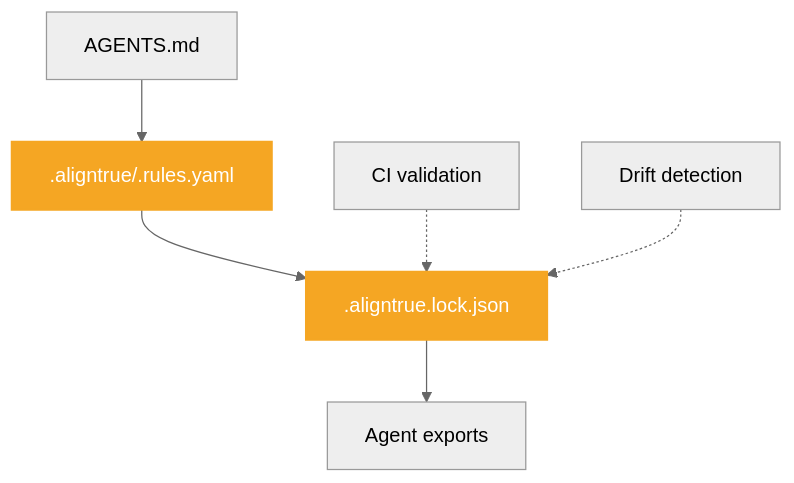
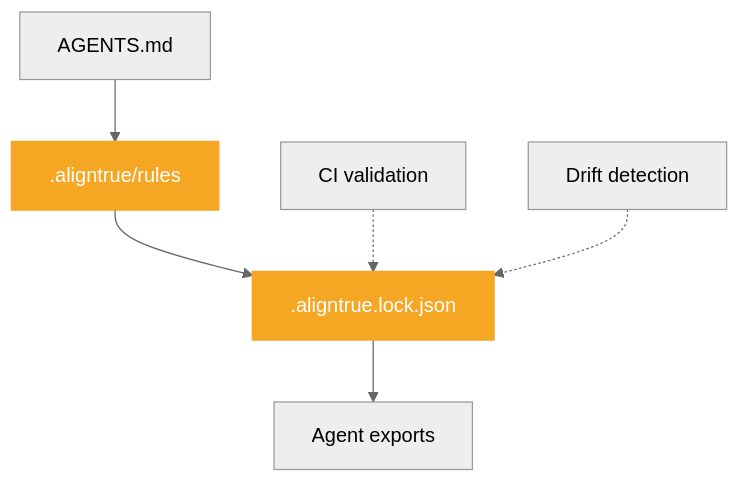
The second of 2 diagrams in apps/docs/content/00-getting-started/02-solo-vs-team-mode.md (AlignTrue/aligntrue-sync), drawn with Mermaid (neutral theme) before and after one commit. The commit also changed other lines of this file and 86 other files, not shown here.

First line of the commit message:
refactor(docs): Update references from `.aligntrue/.rules.yaml` to `.aligntrue/rules`

````diff
--- a/apps/docs/content/00-getting-started/02-solo-vs-team-mode.md
+++ b/apps/docs/content/00-getting-started/02-solo-vs-team-mode.md
@@ -50,11 +50,11 @@
 ```mermaid
 graph TD
-    T1[AGENTS.md] --> T2[.aligntrue/.rules.yaml]
+    T1[AGENTS.md] --> T2[.aligntrue/rules]
     T2 --> T3[.aligntrue.lock.json]
     T3 --> T4[Agent exports]
     T5[CI validation] -.-> T3
     T6[Drift detection] -.-> T3
 
     style T2 fill:#F5A623,stroke:#F5A623,color:#fff,stroke-width:2px
     style T3 fill:#F5A623,stroke:#F5A623,color:#fff,stroke-width:2px
 ```
````
